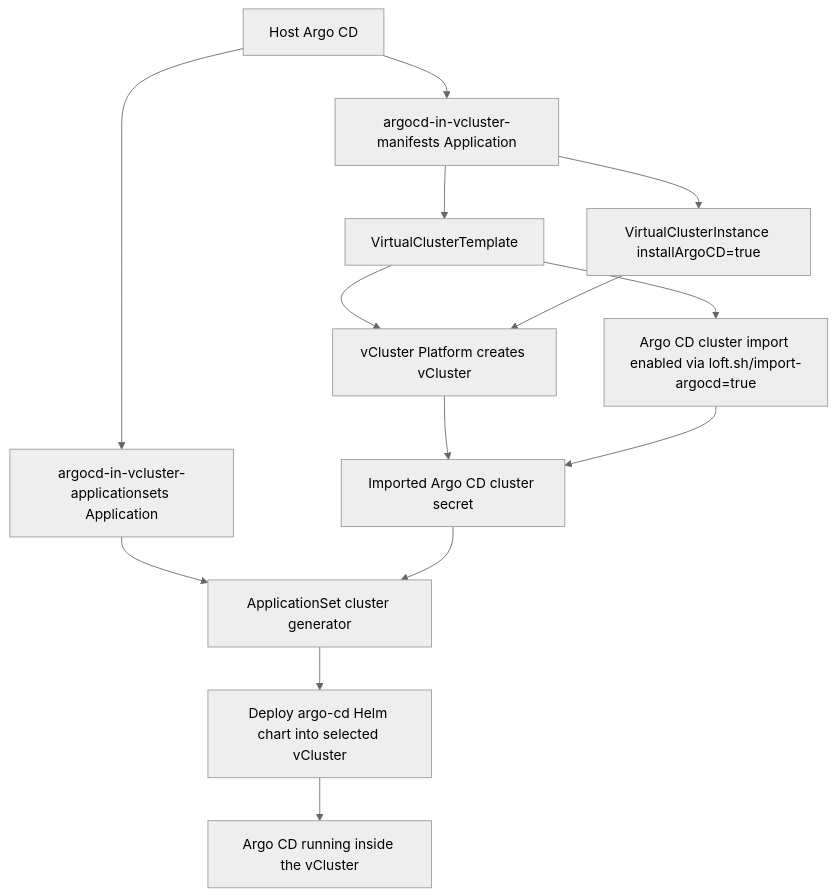
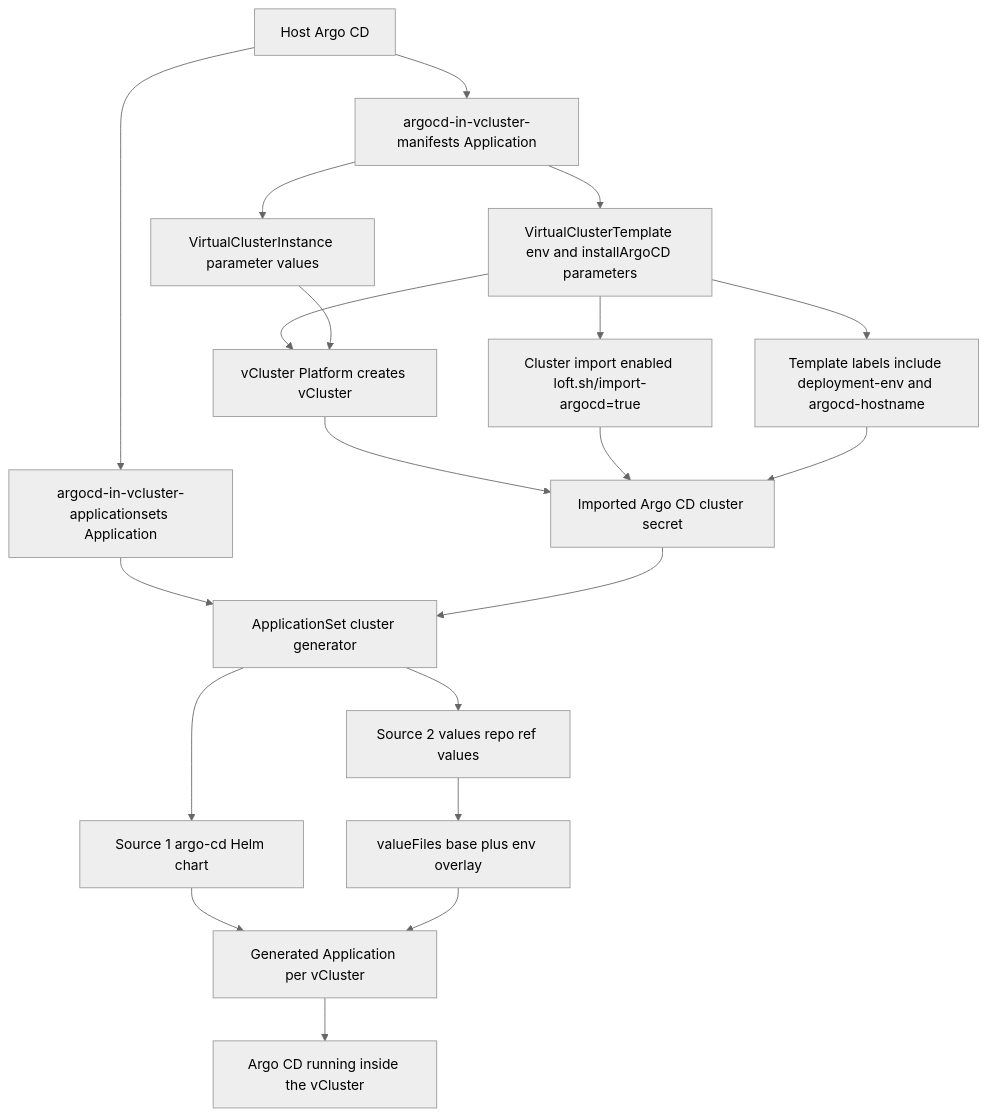
Before and after one commit to loft-demos/romeo-app: the diagram in vcluster-use-cases/argocd-in-vcluster/README.md, drawn with Mermaid (neutral theme). The commit also changed other lines of this file and 6 other files, not shown here.

Commit message:
added dynamic values from ref for argocd in vCluster

````diff
--- a/vcluster-use-cases/argocd-in-vcluster/README.md
+++ b/vcluster-use-cases/argocd-in-vcluster/README.md
@@ -17,16 +42,22 @@
 ```mermaid
 flowchart TD
     A[Host Argo CD] --> B[argocd-in-vcluster-manifests Application]
-    B --> C[VirtualClusterTemplate]
-    B --> D[VirtualClusterInstance installArgoCD=true]
+    B --> C[VirtualClusterTemplate env and installArgoCD parameters]
+    B --> D[VirtualClusterInstance parameter values]
     C --> E[vCluster Platform creates vCluster]
     D --> E
-    C --> F[Argo CD cluster import enabled via loft.sh/import-argocd=true]
-    E --> G[Imported Argo CD cluster secret]
-    F --> G
-    A --> H[argocd-in-vcluster-applicationsets Application]
-    H --> I[ApplicationSet cluster generator]
-    G --> I
-    I --> J[Deploy argo-cd Helm chart into selected vCluster]
-    J --> K[Argo CD running inside the vCluster]
+    C --> F[Cluster import enabled loft.sh/import-argocd=true]
+    C --> G[Template labels include deployment-env and argocd-hostname]
+    E --> H[Imported Argo CD cluster secret]
+    F --> H
+    G --> H
+    A --> I[argocd-in-vcluster-applicationsets Application]
+    I --> J[ApplicationSet cluster generator]
+    H --> J
+    J --> K[Source 1 argo-cd Helm chart]
+    J --> L[Source 2 values repo ref values]
+    L --> M[valueFiles base plus env overlay]
+    K --> N[Generated Application per vCluster]
+    M --> N
+    N --> O[Argo CD running inside the vCluster]
 ```
````
